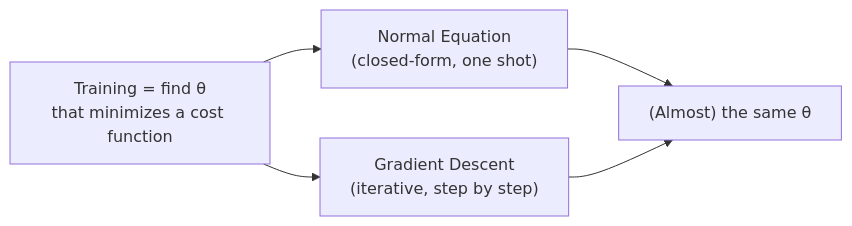
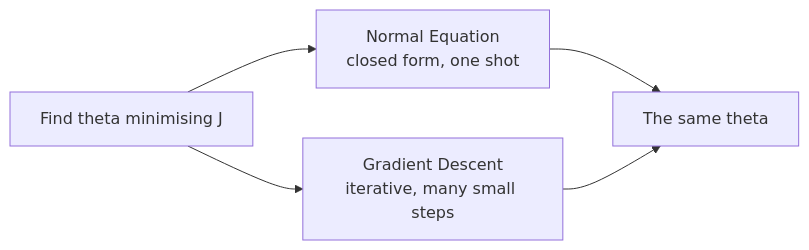
The second of 2 diagrams in src/content/docs/Machine Learning/Phase 03 - Supervised Learning - Regression/Introduction to Regression Analysis.mdx (Ravikisha/PythonCentralHub), drawn with Mermaid before and after one commit. The commit also changed other lines of this file and 1327 other files, not shown here.

````diff
--- a/src/content/docs/Machine Learning/Phase 03 - Supervised Learning - Regression/Introduction to Regression Analysis.mdx
+++ b/src/content/docs/Machine Learning/Phase 03 - Supervised Learning - Regression/Introduction to Regression Analysis.mdx
@@ -90,7 +97,7 @@
 ```mermaid
 flowchart LR
-  T["Training = find θ<br/>that minimizes a cost function"] --> N["Normal Equation<br/>(closed-form, one shot)"]
-  T --> G["Gradient Descent<br/>(iterative, step by step)"]
-  N --> S["(Almost) the same θ"]
+  T["Find theta minimising J"] --> N["Normal Equation<br/>closed form, one shot"]
+  T --> G["Gradient Descent<br/>iterative, many small steps"]
+  N --> S["The same theta"]
   G --> S
 ```
````
